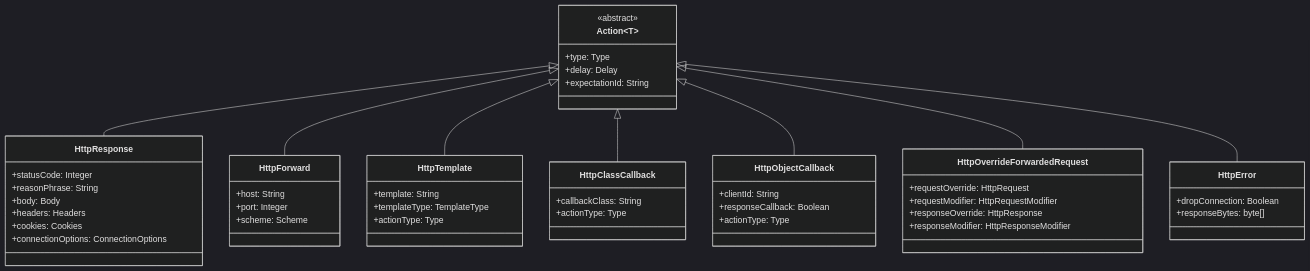
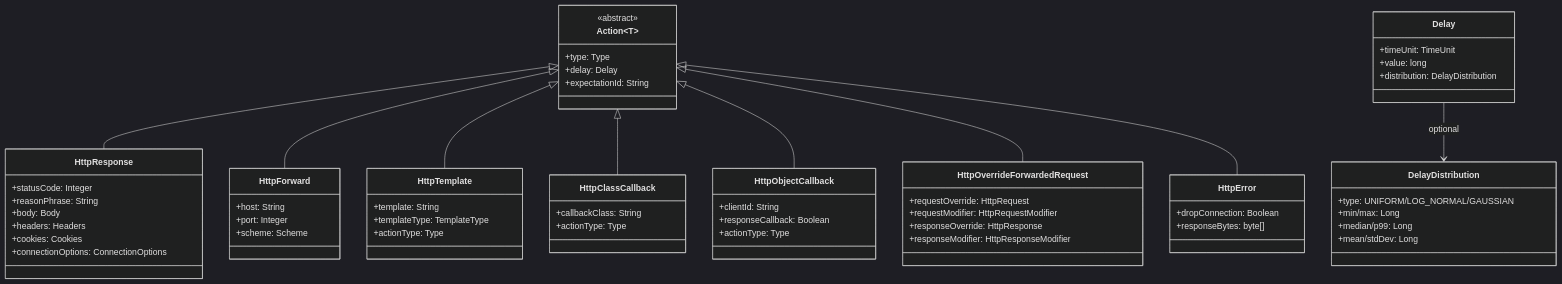
The second of 7 diagrams in docs/code/domain-model.md (mock-server/mockserver), drawn with Mermaid (dark theme) before and after one commit. The commit also changed 22 other files, not shown here.

````diff
--- a/docs/code/domain-model.md
+++ b/docs/code/domain-model.md
@@ -52,54 +52,66 @@
 ```mermaid
 classDiagram
     class Action~T~ {
         <<abstract>>
         +type: Type
         +delay: Delay
         +expectationId: String
     }
+    class Delay {
+        +timeUnit: TimeUnit
+        +value: long
+        +distribution: DelayDistribution
+    }
+    class DelayDistribution {
+        +type: UNIFORM/LOG_NORMAL/GAUSSIAN
+        +min/max: Long
+        +median/p99: Long
+        +mean/stdDev: Long
+    }
+    Delay --> DelayDistribution : optional
     class HttpResponse {
         +statusCode: Integer
         +reasonPhrase: String
         +body: Body
         +headers: Headers
         +cookies: Cookies
         +connectionOptions: ConnectionOptions
     }
     class HttpForward {
         +host: String
         +port: Integer
         +scheme: Scheme
     }
     class HttpTemplate {
         +template: String
         +templateType: TemplateType
         +actionType: Type
     }
     class HttpClassCallback {
         +callbackClass: String
         +actionType: Type
     }
     class HttpObjectCallback {
         +clientId: String
         +responseCallback: Boolean
         +actionType: Type
     }
     class HttpOverrideForwardedRequest {
         +requestOverride: HttpRequest
         +requestModifier: HttpRequestModifier
         +responseOverride: HttpResponse
         +responseModifier: HttpResponseModifier
     }
     class HttpError {
         +dropConnection: Boolean
         +responseBytes: byte[]
     }
 
     Action <|-- HttpResponse
     Action <|-- HttpForward
     Action <|-- HttpTemplate
     Action <|-- HttpClassCallback
     Action <|-- HttpObjectCallback
     Action <|-- HttpOverrideForwardedRequest
     Action <|-- HttpError
 ```
````
